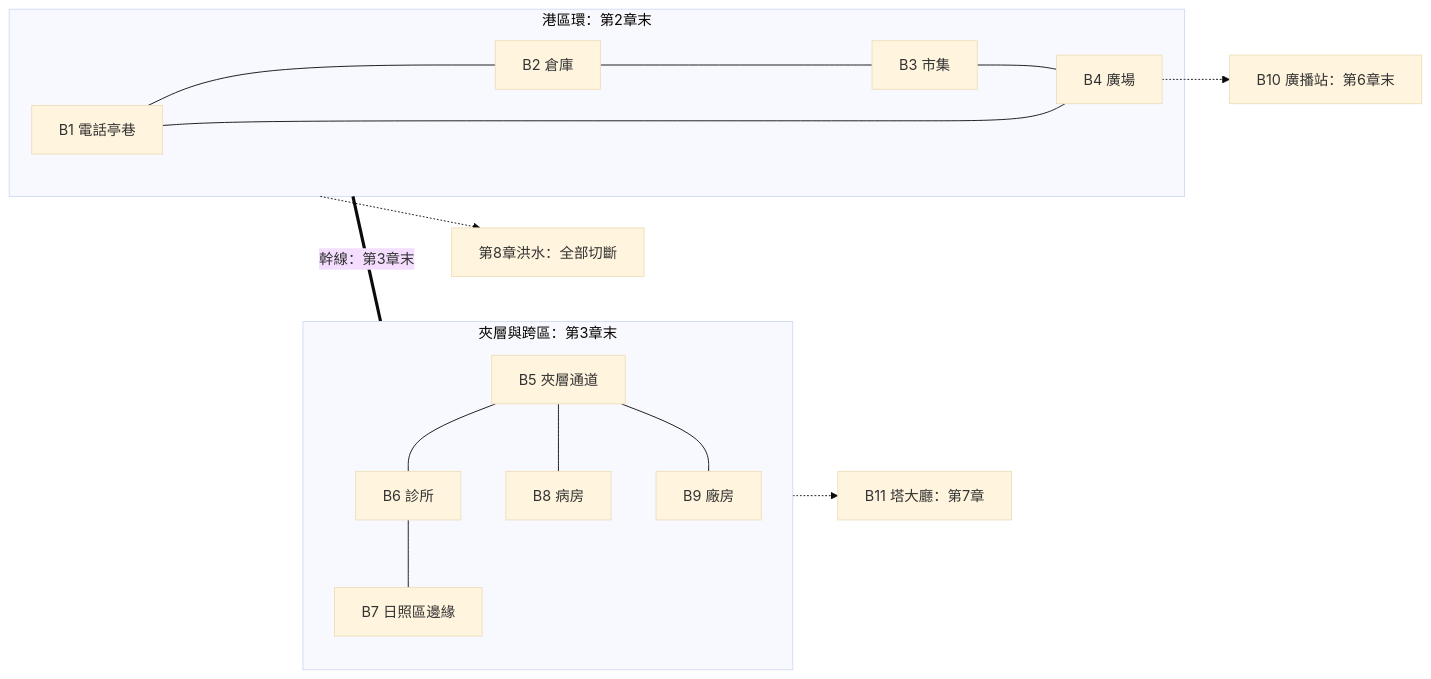
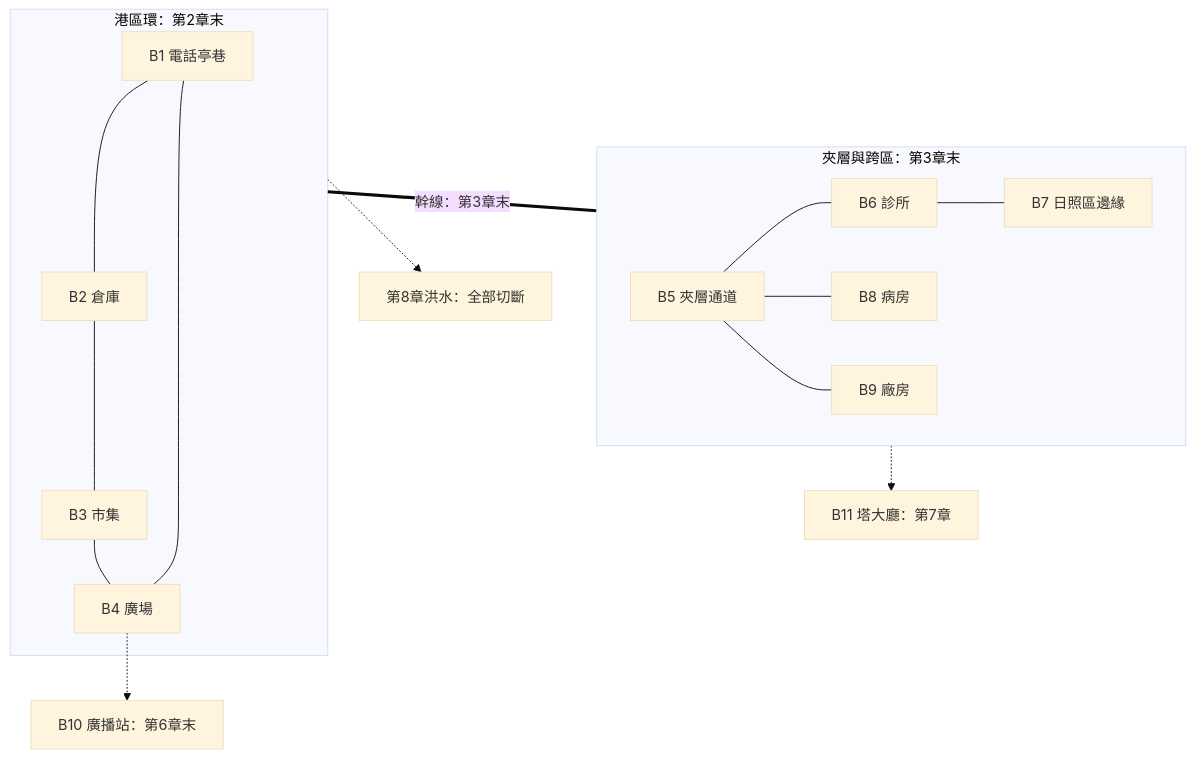
The sixth of 6 diagrams in design/13-story-v2/MAP.md (deadline314/Nest-Egg), drawn with Mermaid (base theme) before and after one commit. The commit also changed other lines of this file and 1 other file, not shown here.

Commit message:
地圖與事件的流程圖改為直向排列，避免寬圖縮成小字

````diff
--- a/design/13-story-v2/MAP.md
+++ b/design/13-story-v2/MAP.md
@@ -359,22 +359,22 @@
 ```mermaid
-flowchart LR
+flowchart TB
   subgraph L1["港區環：第2章末"]
     B1["B1 電話亭巷"] --- B2["B2 倉庫"]
     B2 --- B3["B3 市集"]
     B3 --- B4["B4 廣場"]
     B4 --- B1
   end
   subgraph L2["夾層與跨區：第3章末"]
     B5["B5 夾層通道"] --- B6["B6 診所"]
     B6 --- B7["B7 日照區邊緣"]
     B5 --- B8["B8 病房"]
     B5 --- B9["B9 廠房"]
   end
   B10["B10 廣播站：第6章末"]
   B11["B11 塔大廳：第7章"]
   L1 ===|"幹線：第3章末"| L2
   B4 -.-> B10
   L2 -.-> B11
   X["第8章洪水：全部切斷"]
   L1 -.-> X
 ```
````
